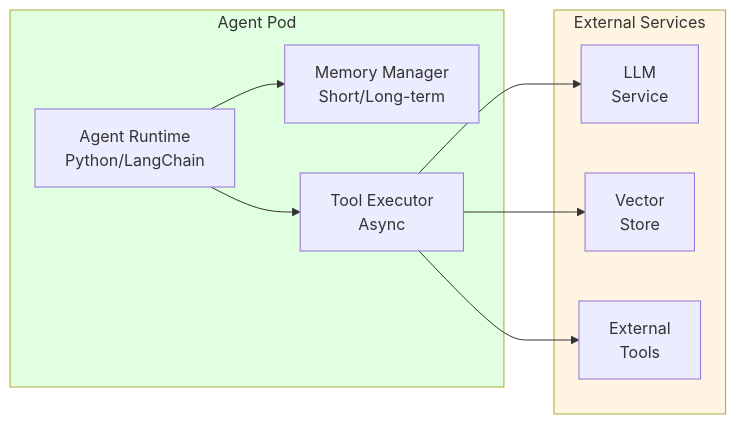
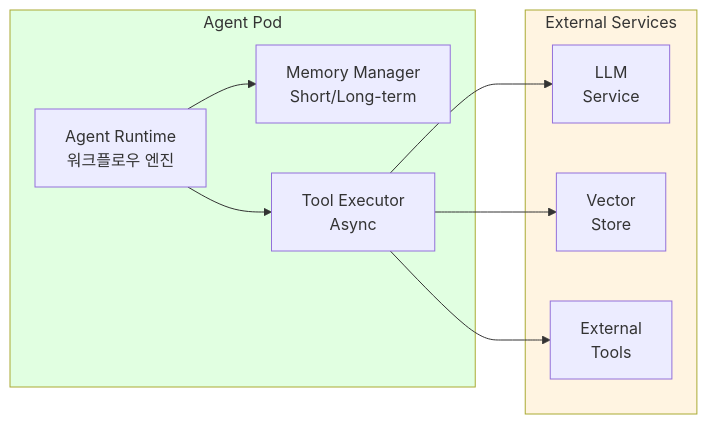
The second of 9 diagrams in docs/agentic-ai-platform/design-architecture/agentic-platform-architecture.md (devfloor9/engineering-playbook), drawn with Mermaid before and after one commit. The commit also changed other lines of this file and 3 other files, not shown here.

````diff
--- a/docs/agentic-ai-platform/design-architecture/agentic-platform-architecture.md
+++ b/docs/agentic-ai-platform/design-architecture/agentic-platform-architecture.md
@@ -145,23 +145,23 @@
 ```mermaid
 flowchart LR
     subgraph AgentPod["Agent Pod"]
-        RUNTIME["Agent Runtime<br/>Python/LangChain"]
+        RUNTIME["Agent Runtime<br/>워크플로우 엔진"]
         MEMORY["Memory Manager<br/>Short/Long-term"]
         EXECUTOR["Tool Executor<br/>Async"]
     end
 
     subgraph External["External Services"]
         LLM["LLM<br/>Service"]
         VECTOR["Vector<br/>Store"]
         TOOLS["External<br/>Tools"]
     end
 
     RUNTIME --> MEMORY
     RUNTIME --> EXECUTOR
     EXECUTOR --> LLM
     EXECUTOR --> VECTOR
     EXECUTOR --> TOOLS
 
     style AgentPod fill:#e1ffe1
     style External fill:#fff4e1
 ```
````
